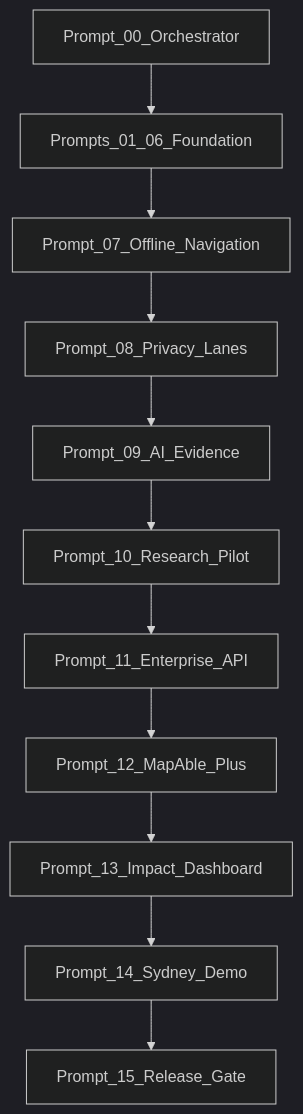
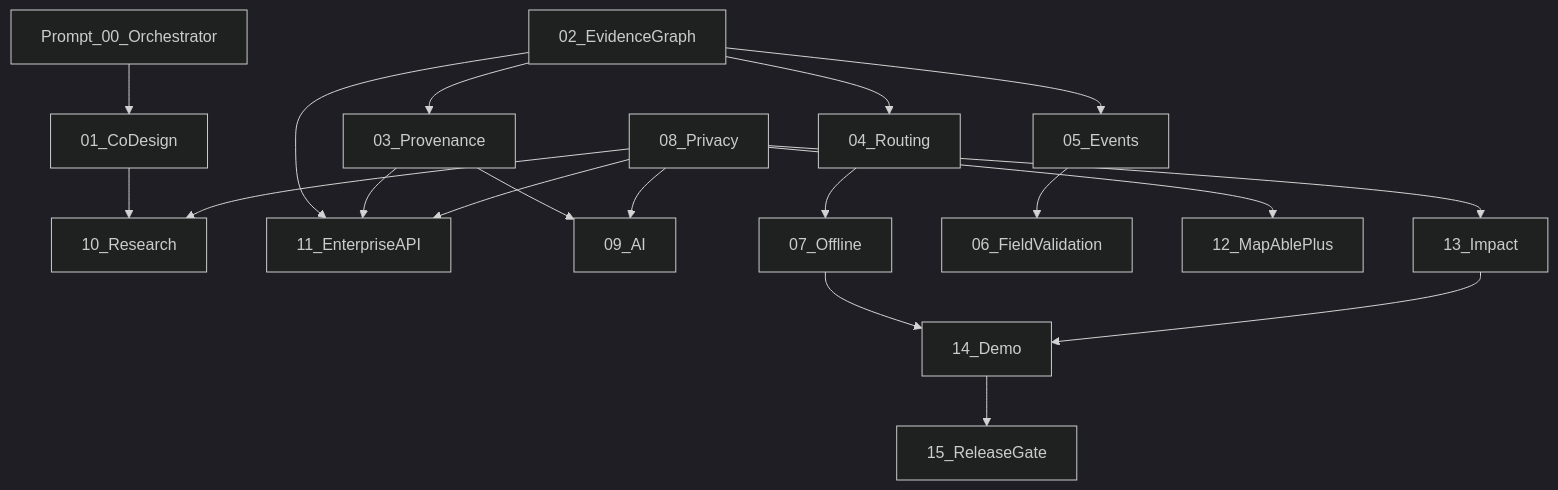
Before and after one commit to ausdisau/mapableau-new: the diagram in docs/superpowers/plans/README.md, drawn with Mermaid (dark theme). The commit also changed other lines of this file and 25 other files, not shown here.

Commit message:
docs: establish MapAble innovation architecture baseline

````diff
--- a/docs/superpowers/plans/README.md
+++ b/docs/superpowers/plans/README.md
@@ -49,13 +53,21 @@
 ```mermaid
 flowchart TD
-  P00[Prompt_00_Orchestrator] --> P01_06[Prompts_01_06_Foundation]
-  P01_06 --> P07[Prompt_07_Offline_Navigation]
-  P07 --> P08[Prompt_08_Privacy_Lanes]
-  P08 --> P09[Prompt_09_AI_Evidence]
-  P09 --> P10[Prompt_10_Research_Pilot]
-  P10 --> P11[Prompt_11_Enterprise_API]
-  P11 --> P12[Prompt_12_MapAble_Plus]
-  P12 --> P13[Prompt_13_Impact_Dashboard]
-  P13 --> P14[Prompt_14_Sydney_Demo]
-  P14 --> P15[Prompt_15_Release_Gate]
+  P00[Prompt_00_Orchestrator] --> P01[01_CoDesign]
+  P01 --> P10[10_Research]
+  P02[02_EvidenceGraph] --> P03[03_Provenance]
+  P02 --> P04[04_Routing]
+  P02 --> P05[05_Events]
+  P02 --> P11[11_EnterpriseAPI]
+  P03 --> P09[09_AI]
+  P03 --> P11
+  P04 --> P07[07_Offline]
+  P05 --> P06[06_FieldValidation]
+  P08[08_Privacy] --> P09
+  P08 --> P10
+  P08 --> P11
+  P08 --> P12[12_MapAblePlus]
+  P08 --> P13[13_Impact]
+  P07 --> P14[14_Demo]
+  P13 --> P14
+  P14 --> P15[15_ReleaseGate]
 ```
````
